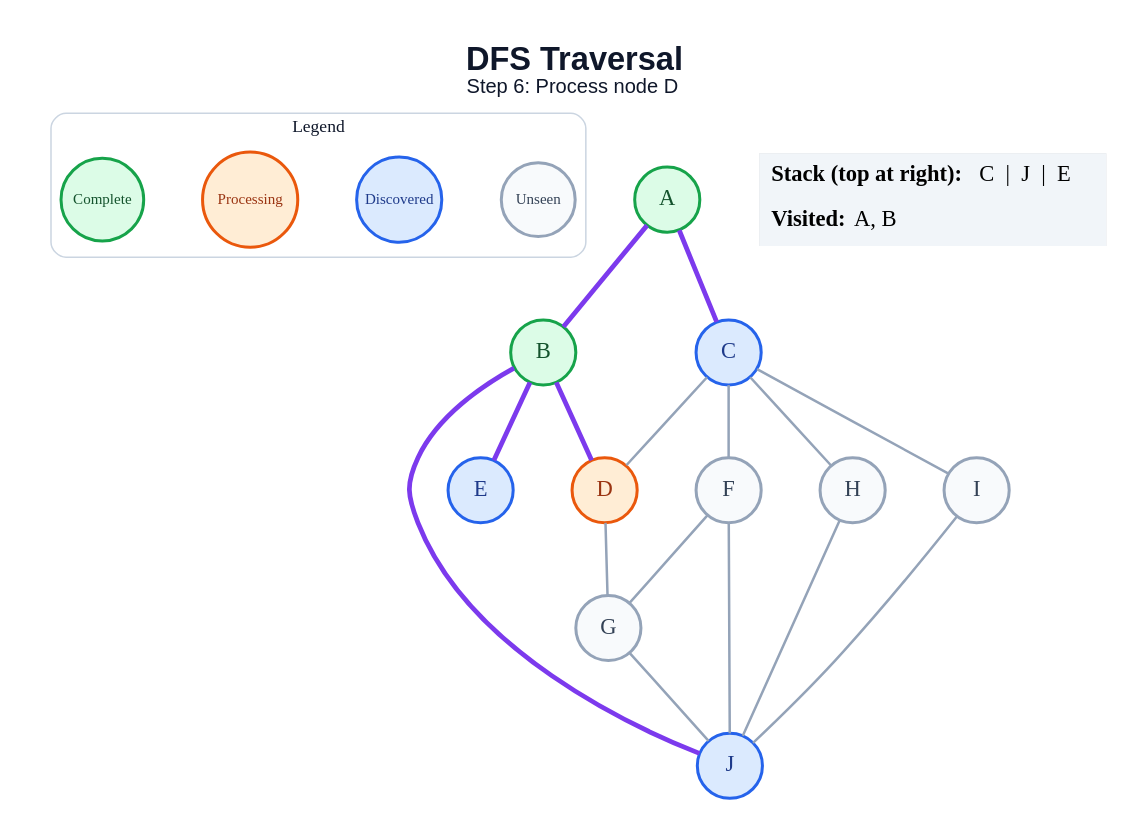
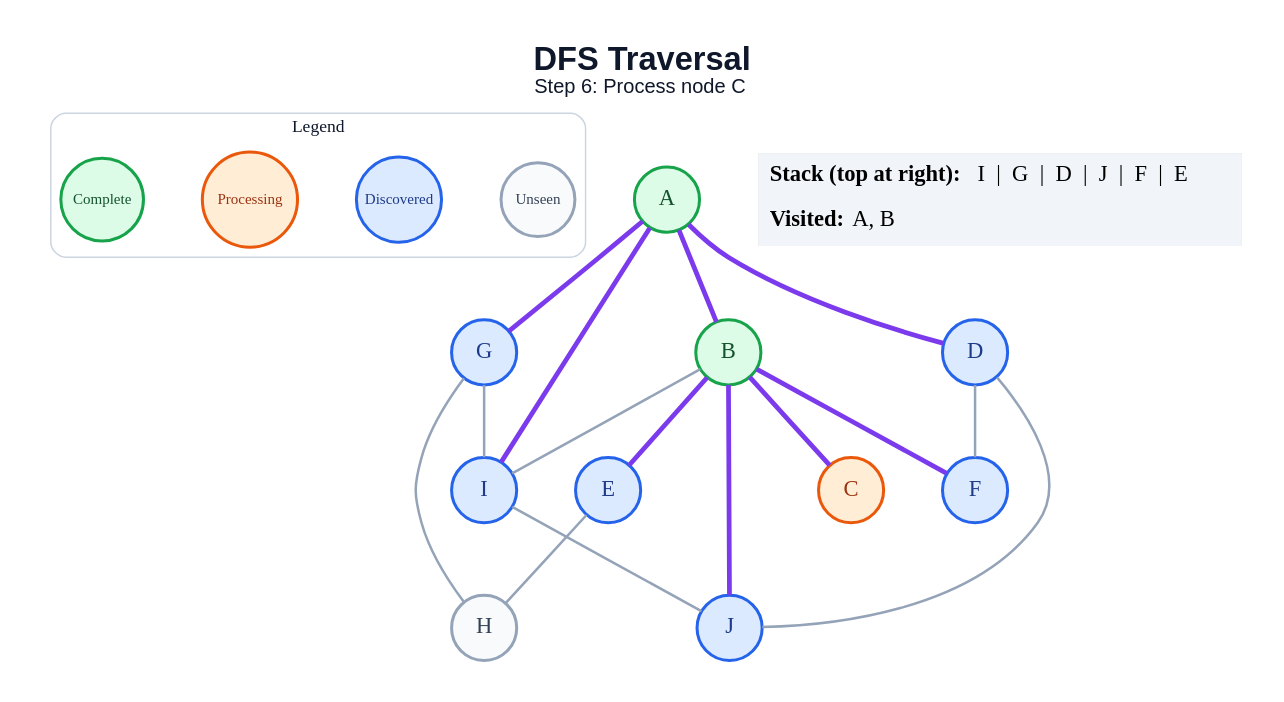
Before and after one commit to anon7238593-create/ai-slop: the diagram in generated/dfs/step_06.dot, drawn with Graphviz. The commit also changed 171 other files, not shown here.

```diff
--- a/generated/dfs/step_06.dot
+++ b/generated/dfs/step_06.dot
@@ -1,44 +1,44 @@
 graph traversal {
   graph [layout=dot, rankdir=TB, bgcolor="#FFFFFF", pad="0.35", nodesep="0.65", ranksep="0.8", fontname="Arial"];
   node [shape=circle, style="filled", fontname="Arial Bold", fontsize=18, width=0.72, fixedsize=true, penwidth=2.4];
   edge [color="#94A3B8", penwidth=2.0];
-  label=<<B>DFS Traversal</B><BR/><FONT POINT-SIZE="16">Step 6: Process node D</FONT>>; labelloc="t"; fontsize=26; fontname="Arial"; fontcolor="#0F172A";
+  label=<<B>DFS Traversal</B><BR/><FONT POINT-SIZE="16">Step 6: Process node C</FONT>>; labelloc="t"; fontsize=26; fontname="Arial"; fontcolor="#0F172A";
   subgraph cluster_legend { label="Legend"; color="#CBD5E1"; penwidth=1.2; style="rounded"; fontsize=14; fontname="Arial Bold";
     key_unseen [label="Unseen", fillcolor="#F8FAFC", color="#94A3B8", fontcolor="#334155", fontsize=12, width=0.82];
     key_frontier [label="Discovered", fillcolor="#DBEAFE", color="#2563EB", fontcolor="#1E3A8A", fontsize=12, width=0.95];
     key_current [label="Processing", fillcolor="#FFEDD5", color="#EA580C", fontcolor="#9A3412", fontsize=12, width=1.05];
     key_done [label="Complete", fillcolor="#DCFCE7", color="#16A34A", fontcolor="#14532D", fontsize=12, width=0.92];
     { rank=same; key_unseen; key_frontier; key_current; key_done; }
   }
   A [fillcolor="#DCFCE7", color="#16A34A", fontcolor="#14532D"];
   B [fillcolor="#DCFCE7", color="#16A34A", fontcolor="#14532D"];
-  C [fillcolor="#DBEAFE", color="#2563EB", fontcolor="#1E3A8A"];
-  D [fillcolor="#FFEDD5", color="#EA580C", fontcolor="#9A3412"];
+  C [fillcolor="#FFEDD5", color="#EA580C", fontcolor="#9A3412"];
+  D [fillcolor="#DBEAFE", color="#2563EB", fontcolor="#1E3A8A"];
   E [fillcolor="#DBEAFE", color="#2563EB", fontcolor="#1E3A8A"];
-  F [fillcolor="#F8FAFC", color="#94A3B8", fontcolor="#334155"];
-  G [fillcolor="#F8FAFC", color="#94A3B8", fontcolor="#334155"];
+  F [fillcolor="#DBEAFE", color="#2563EB", fontcolor="#1E3A8A"];
+  G [fillcolor="#DBEAFE", color="#2563EB", fontcolor="#1E3A8A"];
   H [fillcolor="#F8FAFC", color="#94A3B8", fontcolor="#334155"];
-  I [fillcolor="#F8FAFC", color="#94A3B8", fontcolor="#334155"];
+  I [fillcolor="#DBEAFE", color="#2563EB", fontcolor="#1E3A8A"];
   J [fillcolor="#DBEAFE", color="#2563EB", fontcolor="#1E3A8A"];
   A -- B [color="#7C3AED", penwidth=3.8];
-  A -- C [color="#7C3AED", penwidth=3.8];
-  B -- D [color="#7C3AED", penwidth=3.8];
+  A -- D [color="#7C3AED", penwidth=3.8];
+  A -- G [color="#7C3AED", penwidth=3.8];
+  A -- I [color="#7C3AED", penwidth=3.8];
+  B -- C [color="#7C3AED", penwidth=3.8];
   B -- E [color="#7C3AED", penwidth=3.8];
+  B -- F [color="#7C3AED", penwidth=3.8];
+  B -- I;
   B -- J [color="#7C3AED", penwidth=3.8];
-  C -- D;
-  C -- F;
-  C -- H;
-  C -- I;
-  D -- G;
-  F -- G;
-  F -- J;
-  G -- J;
-  H -- J;
+  D -- F;
+  D -- J;
+  E -- H;
+  G -- H;
+  G -- I;
   I -- J;
   status [shape=plain, fixedsize=false, width=0, height=0, margin=0, label=<
     <TABLE BORDER="0" CELLBORDER="0" CELLPADDING="7" BGCOLOR="#F1F5F9">
-      <TR><TD ALIGN="LEFT"><B>Stack (top at right):</B> C  |  J  |  E</TD></TR>
+      <TR><TD ALIGN="LEFT"><B>Stack (top at right):</B> I  |  G  |  D  |  J  |  F  |  E</TD></TR>
       <TR><TD ALIGN="LEFT"><B>Visited:</B> A, B</TD></TR>
     </TABLE>
   >];
 }
```
